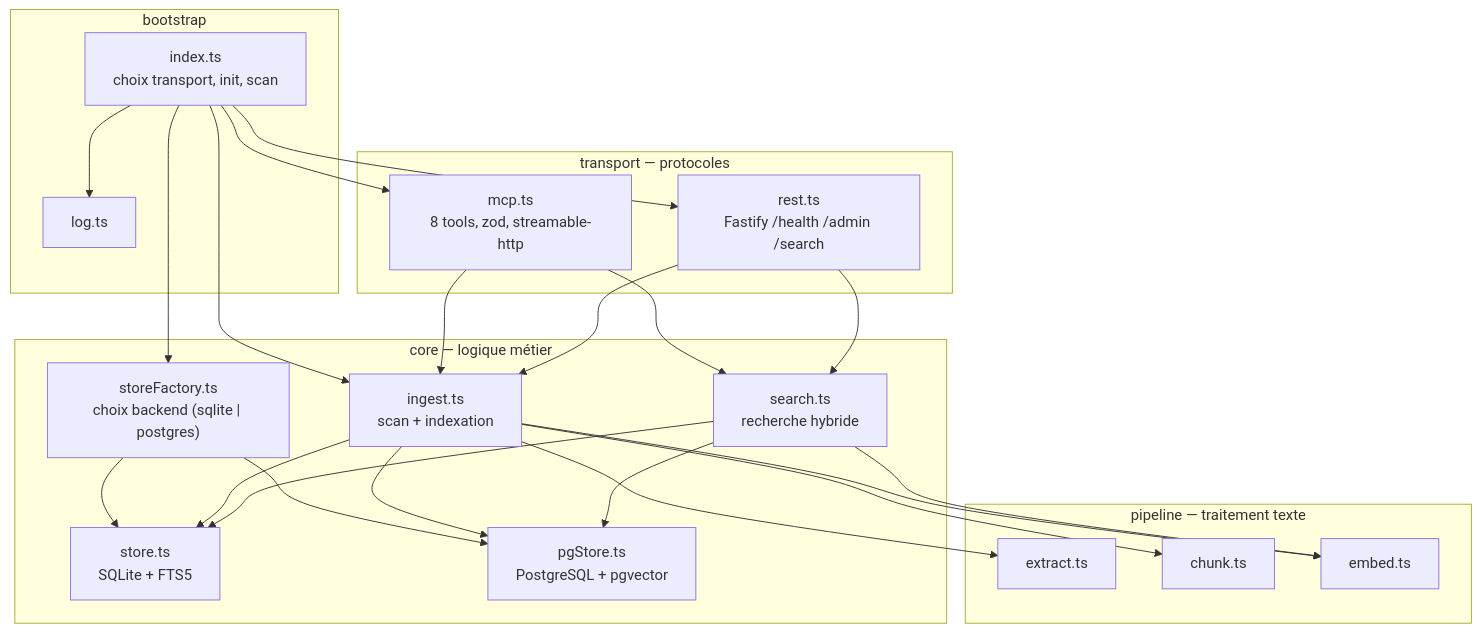
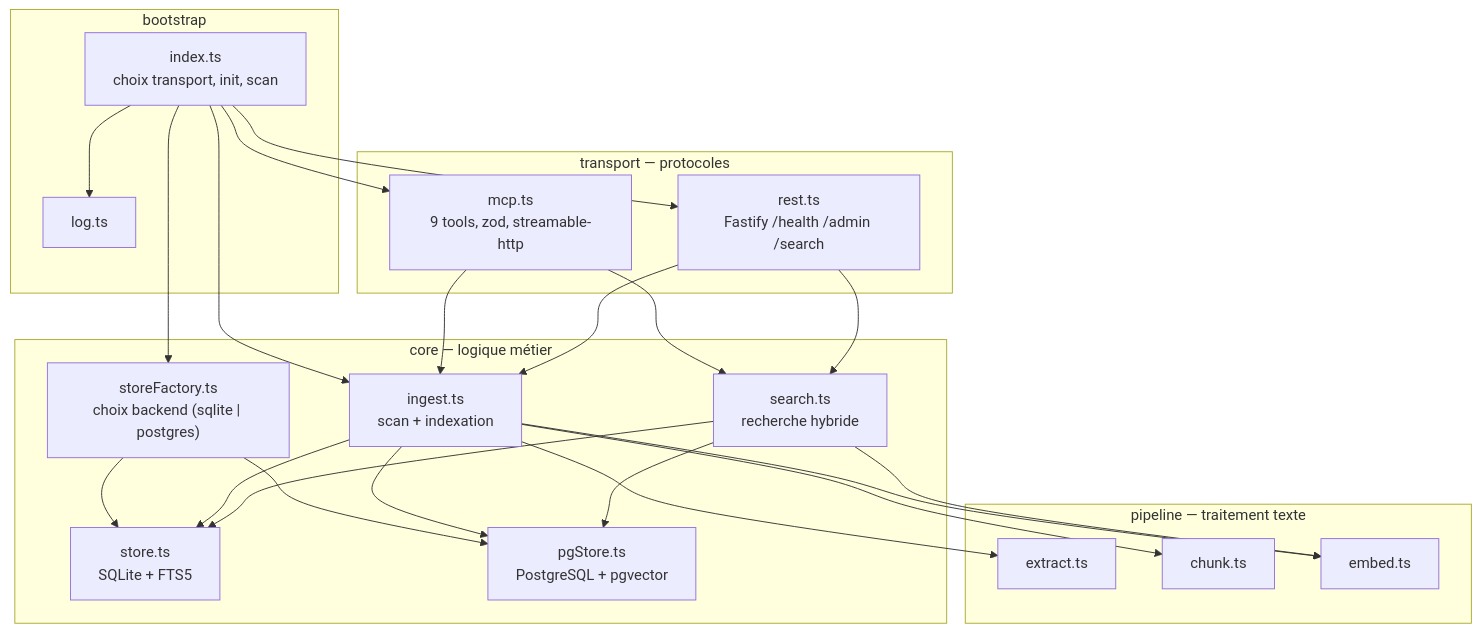
Before and after one commit to openhoat/rag-hub-mcp: the first of 3 diagrams in docs/guide/architecture.md, drawn with Mermaid. The commit also changed other lines of this file and 11 other files, not shown here.

````diff
--- a/docs/guide/architecture.md
+++ b/docs/guide/architecture.md
@@ -9,46 +9,46 @@
 ```mermaid
 graph TD
     subgraph BOOT["bootstrap"]
         INDEX["index.ts<br/>choix transport, init, scan"]
         LOG["log.ts"]
     end
 
     subgraph TRANSPORT["transport — protocoles"]
-        MCP["mcp.ts<br/>8 tools, zod, streamable-http"]
+        MCP["mcp.ts<br/>9 tools, zod, streamable-http"]
         REST["rest.ts<br/>Fastify /health /admin /search"]
     end
 
     subgraph CORE["core — logique métier"]
         FACTORY["storeFactory.ts<br/>choix backend (sqlite | postgres)"]
         STORE["store.ts<br/>SQLite + FTS5"]
         PGSTORE["pgStore.ts<br/>PostgreSQL + pgvector"]
         INGEST["ingest.ts<br/>scan + indexation"]
         SEARCH["search.ts<br/>recherche hybride"]
     end
 
     subgraph PIPELINE["pipeline — traitement texte"]
         EXTRACT["extract.ts"]
         CHUNK["chunk.ts"]
         EMBED["embed.ts"]
     end
 
     INDEX --> LOG
     INDEX --> FACTORY
     FACTORY --> STORE
     FACTORY --> PGSTORE
     INDEX --> INGEST
     INDEX --> MCP
     INDEX --> REST
     MCP --> INGEST
     MCP --> SEARCH
     REST --> INGEST
     REST --> SEARCH
     INGEST --> STORE
     INGEST --> PGSTORE
     INGEST --> EXTRACT
     INGEST --> CHUNK
     INGEST --> EMBED
     SEARCH --> EMBED
     SEARCH --> STORE
     SEARCH --> PGSTORE
 ```
````
